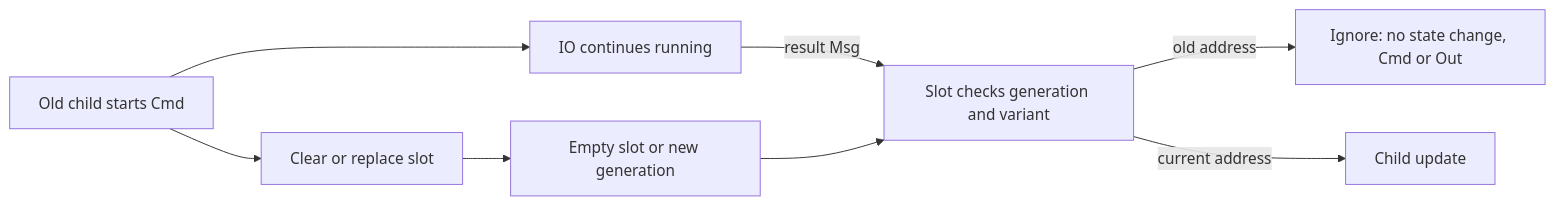
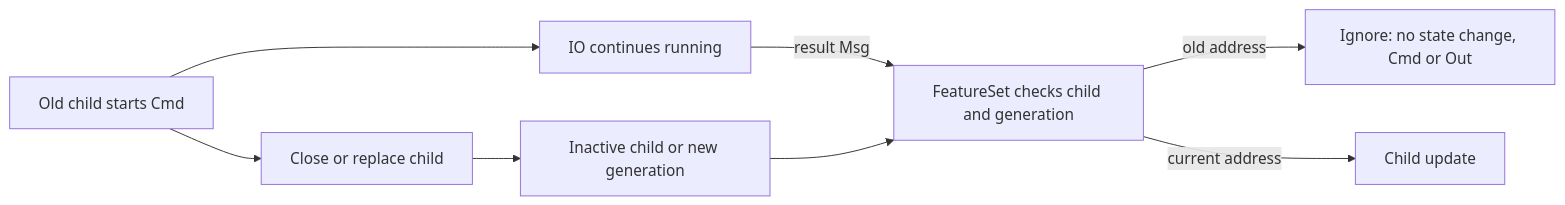
The second of 2 diagrams in README.md (marubinotto/scalafui), drawn with Mermaid before and after one commit. The commit also changed other lines of this file and 7 other files, not shown here.

Commit message:
Replace FeatureSlot with FeatureSet and explicit coexistence policies

````diff
--- a/README.md
+++ b/README.md
@@ -761,10 +772,10 @@
 ```mermaid
 flowchart LR
   old["Old child starts Cmd"] --> work["IO continues running"]
-  old --> replace["Clear or replace slot"]
-  replace --> current["Empty slot or new generation"]
-  work -- "result Msg" --> check["Slot checks generation and variant"]
+  old --> replace["Close or replace child"]
+  replace --> current["Inactive child or new generation"]
+  work -- "result Msg" --> check["FeatureSet checks child and generation"]
   current --> check
   check -- "old address" --> discard["Ignore: no state change, Cmd or Out"]
   check -- "current address" --> update["Child update"]
 ```
````
